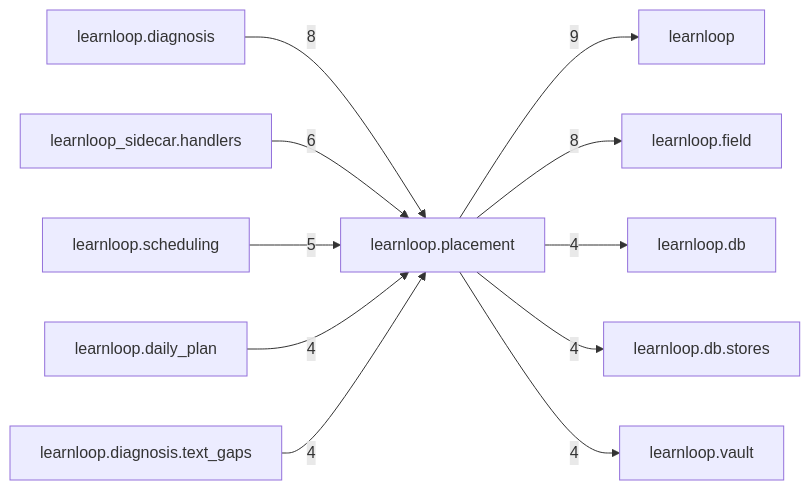
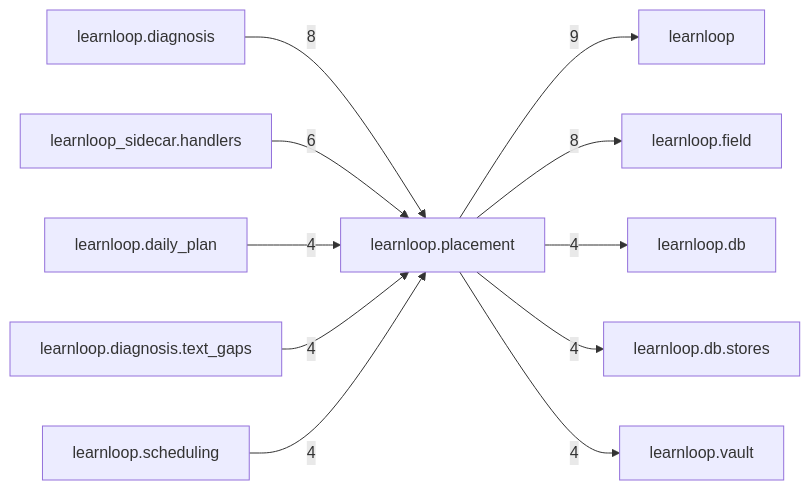
Before and after one commit to 6up-b/learnanything: the diagram in docs/learnloop-architecture-vault/Reference/Modules/learnloop/placement/_package.md, drawn with Mermaid. The commit also changed other lines of this file and 57 other files, not shown here.

````diff
--- a/docs/learnloop-architecture-vault/Reference/Modules/learnloop/placement/_package.md
+++ b/docs/learnloop-architecture-vault/Reference/Modules/learnloop/placement/_package.md
@@ -97,24 +97,24 @@
 ```mermaid
 flowchart LR
     center["learnloop.placement"]
     n_learnloop["learnloop"]
     n_learnloop_diagnosis["learnloop.diagnosis"]
     n_learnloop_field["learnloop.field"]
     n_learnloop_sidecar_handlers["learnloop_sidecar.handlers"]
-    n_learnloop_scheduling["learnloop.scheduling"]
     n_learnloop_daily_plan["learnloop.daily_plan"]
     n_learnloop_db["learnloop.db"]
     n_learnloop_db_stores["learnloop.db.stores"]
     n_learnloop_diagnosis_text_gaps["learnloop.diagnosis.text_gaps"]
+    n_learnloop_scheduling["learnloop.scheduling"]
     n_learnloop_vault["learnloop.vault"]
     center -->|9| n_learnloop
     n_learnloop_diagnosis -->|8| center
     center -->|8| n_learnloop_field
     n_learnloop_sidecar_handlers -->|6| center
-    n_learnloop_scheduling -->|5| center
     n_learnloop_daily_plan -->|4| center
     center -->|4| n_learnloop_db
     center -->|4| n_learnloop_db_stores
     n_learnloop_diagnosis_text_gaps -->|4| center
+    n_learnloop_scheduling -->|4| center
     center -->|4| n_learnloop_vault
 ```
````
